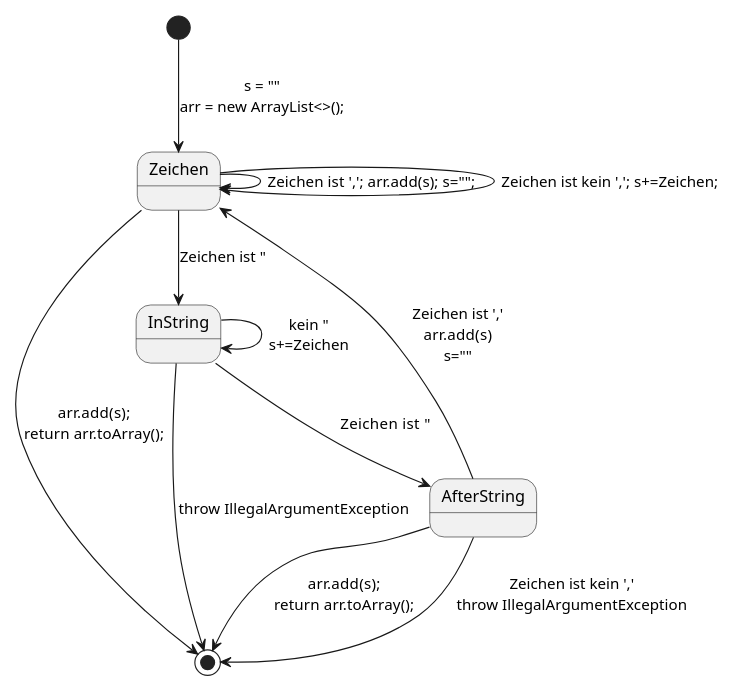
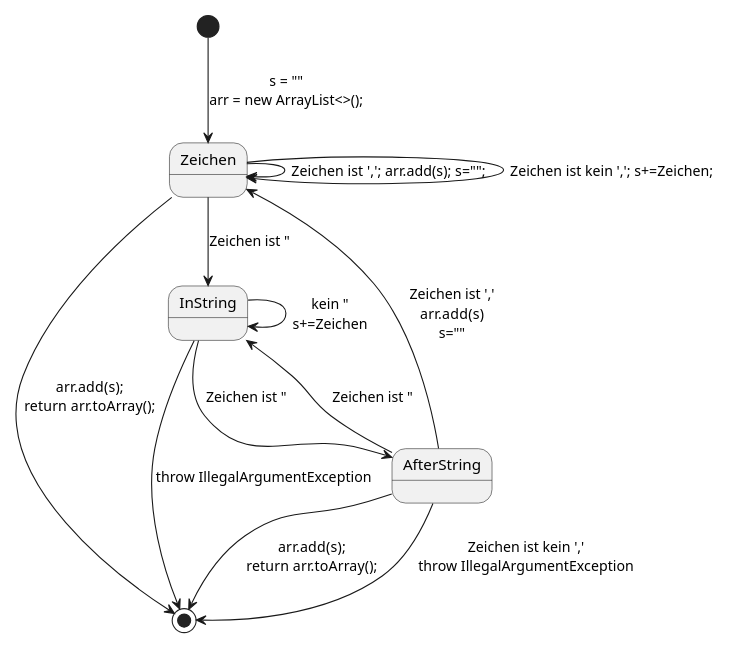
The diagram in ue03/src/csv/FSM_CSVReader.puml (1182-25-HTL3R/1182-25-HTL3R), drawn with PlantUML before and after one commit.

Commit message:
ue03_FSM_CSVReader: Verbessern der FSM, damit nach einem String ein weiterer kommen kann

```diff
--- a/ue03/src/csv/FSM_CSVReader.puml
+++ b/ue03/src/csv/FSM_CSVReader.puml
@@ -8,17 +8,18 @@
 @startuml
 'https://plantuml.com/state-diagram
 
 scale 500 width
 [*] --> Zeichen: s = ""\narr = new ArrayList<>();
 Zeichen --> Zeichen: Zeichen ist ','; arr.add(s); s="";\t
 Zeichen --> Zeichen: Zeichen ist kein ','; s+=Zeichen;
 Zeichen --> [*]: arr.add(s);\nreturn arr.toArray();
 Zeichen --> InString: Zeichen ist "
 InString --> InString: kein "\ns+=Zeichen
 InString --> [*]: throw IllegalArgumentException
-InString --> AfterString: Zeichen ist  "
+InString --> AfterString: Zeichen ist "
 AfterString --> Zeichen: Zeichen ist ','\narr.add(s)\ns=""
+AfterString --> InString: Zeichen ist "
 AfterString --> [*]: arr.add(s);\nreturn arr.toArray();
 AfterString --> [*]: Zeichen ist kein ','\nthrow IllegalArgumentException
 
 @enduml
```
